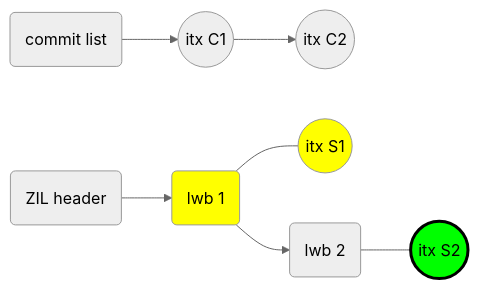
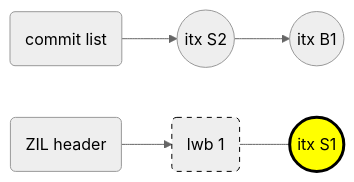
Diagram 12 of 44 in content/post/2017-10-24-zil-performance-how-i-doubled-sync-write-speed.md (prakashsurya/prakashsurya.github.io), drawn with Mermaid (neutral theme) before and after one commit. The commit also changed other lines of this file, not shown here.

```diff
--- a/content/post/2017-10-24-zil-performance-how-i-doubled-sync-write-speed.md
+++ b/content/post/2017-10-24-zil-performance-how-i-doubled-sync-write-speed.md
@@ -484,14 +788,12 @@
 <div class="mermaid">
 graph LR
-  CLIST(commit list) --> OBJ-C-1((itx C1))
-  OBJ-C-1            --> OBJ-C-2((itx C2))
+  CLIST(commit list) --> SLIST-2((itx S2))
+  SLIST-2            --> OBJ-B-1((itx B1))
 
   HEADER(ZIL header) --> LWB-1(lwb 1)
   LWB-1              --- SLIST-1((itx S1))
-  LWB-1              --> LWB-2(lwb 2)
-  LWB-2              --- SLIST-2((itx S2))
 
-  style SLIST-1 fill:#ffff00
-  style SLIST-2 fill:#00ff00,stroke:#000000,stroke-width:3px
-  style LWB-1   fill:#ffff00
+  style SLIST-1 fill:#ffff00,stroke:#000000,stroke-width:3px
+
+  style LWB-1 stroke:#000000, stroke-dasharray:5, 5
 </div>
```
